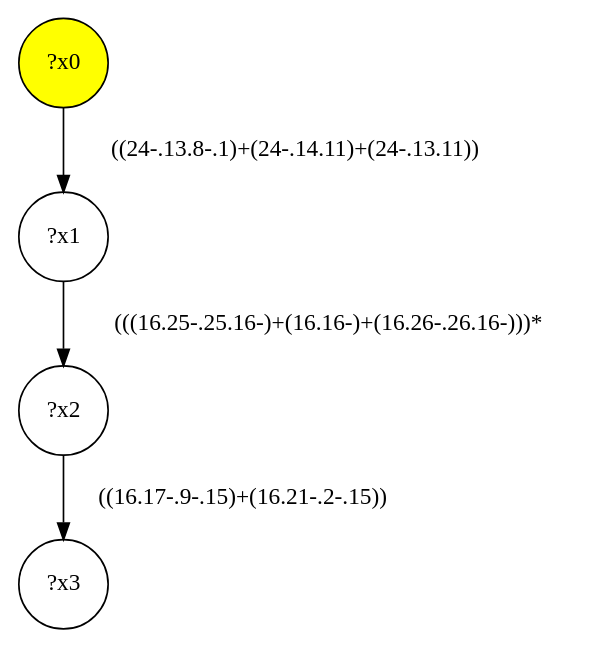
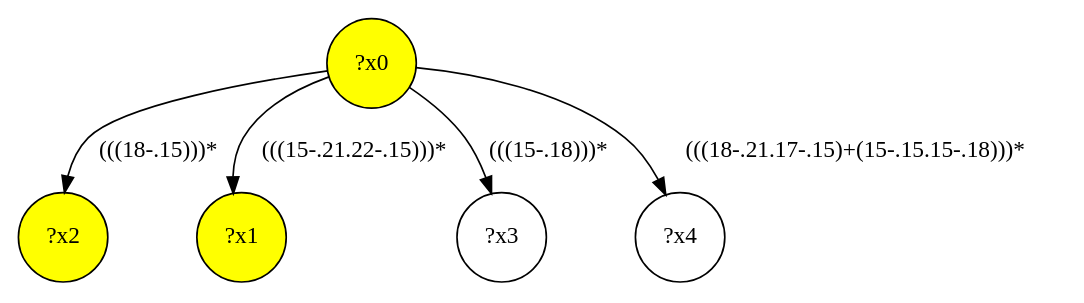
Before and after one commit to gbagan/gmark: the diagram in demo/social/social-interface/query-37.dot, drawn with Graphviz. The commit also changed 1418 other files, not shown here.

```diff
--- a/demo/social/social-interface/query-37.dot
+++ b/demo/social/social-interface/query-37.dot
@@ -1,9 +1,11 @@
 digraph g {
+	x2 [fillcolor="yellow", style="filled," shape=circle, label="?x2"];
+	x1 [fillcolor="yellow", style="filled," shape=circle, label="?x1"];
 	x0 [fillcolor="yellow", style="filled," shape=circle, label="?x0"];
-	x1 [shape=circle, label="?x1"];
-	x0 -> x1 [label="((24-.13.8-.1)+(24-.14.11)+(24-.13.11))"];
-	x2 [shape=circle, label="?x2"];
-	x1 -> x2 [label="(((16.25-.25.16-)+(16.16-)+(16.26-.26.16-)))*"];
+	x0 -> x1 [label="(((15-.21.22-.15)))*"];
+	x0 -> x2 [label="(((18-.15)))*"];
 	x3 [shape=circle, label="?x3"];
-	x2 -> x3 [label="((16.17-.9-.15)+(16.21-.2-.15))"];
+	x0 -> x3 [label="(((15-.18)))*"];
+	x4 [shape=circle, label="?x4"];
+	x0 -> x4 [label="(((18-.21.17-.15)+(15-.15.15-.18)))*"];
 }
```
